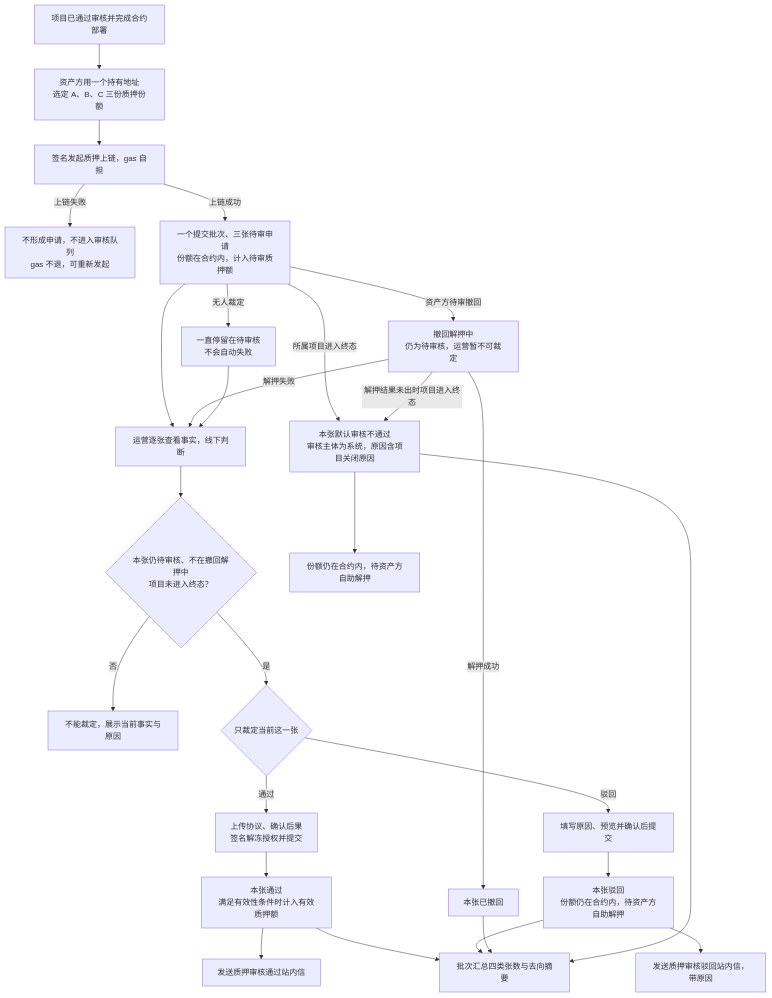
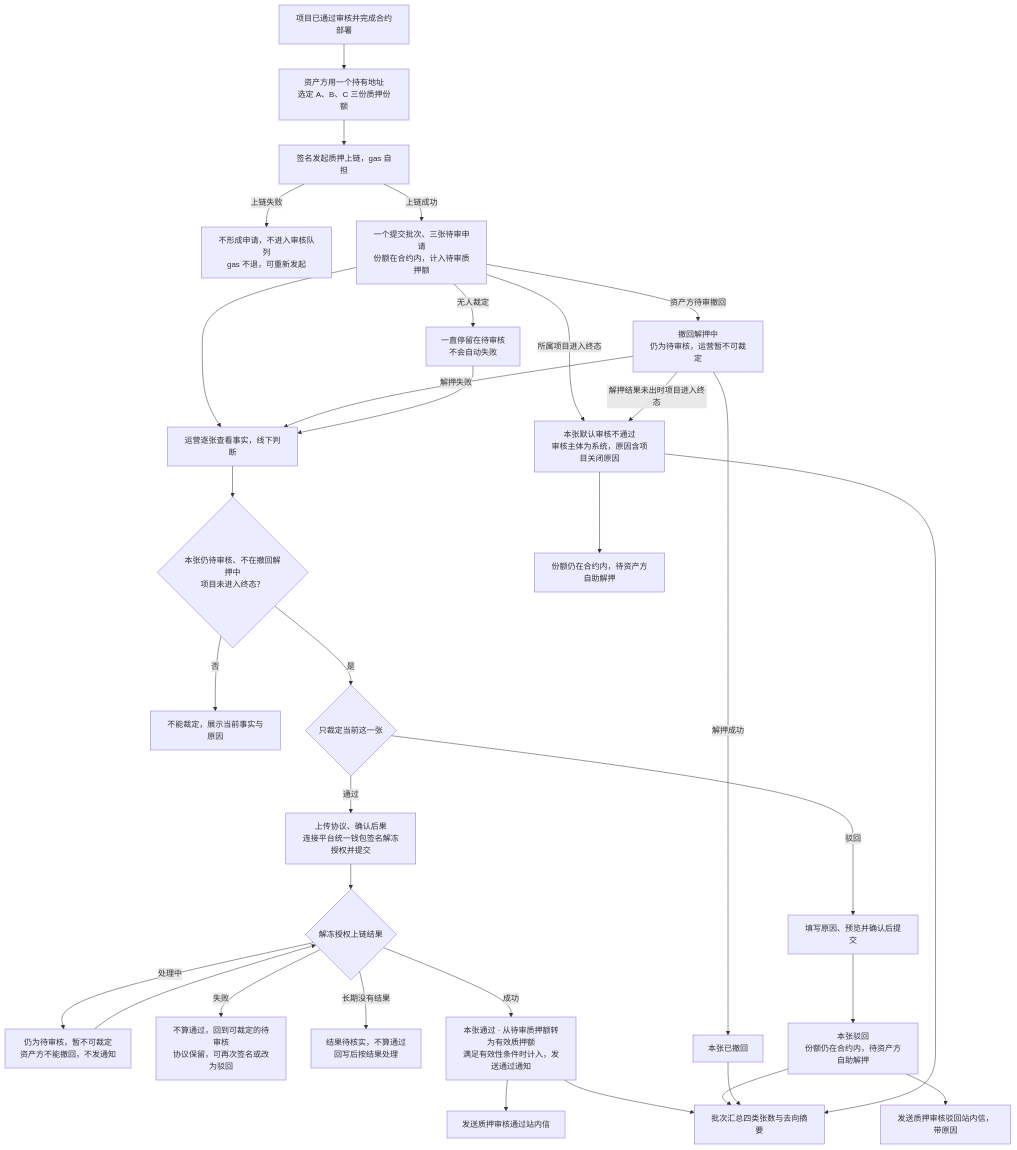
Before and after one commit to wxblockchain/Chain-Financing: the first of 5 diagrams in lending-platform/PRD/运营端/06-代币质押审核/02-代币质押审核-流程图与状态机.md, drawn with Mermaid. The commit also changed other lines of this file and 10 other files, not shown here.

````diff
--- a/lending-platform/PRD/运营端/06-代币质押审核/02-代币质押审核-流程图与状态机.md
+++ b/lending-platform/PRD/运营端/06-代币质押审核/02-代币质押审核-流程图与状态机.md
@@ -19,29 +19,34 @@
 ```mermaid
 flowchart TD
   S["项目已通过审核并完成合约部署"] --> A["资产方用一个持有地址<br/>选定 A、B、C 三份质押份额"]
   A --> T["签名发起质押上链，gas 自担"]
   T -- "上链失败" --> TF["不形成申请，不进入审核队列<br/>gas 不退，可重新发起"]
   T -- "上链成功" --> B["一个提交批次、三张待审申请<br/>份额在合约内，计入待审质押额"]
   B --> C["运营逐张查看事实，线下判断"]
   C --> D{"本张仍待审核、不在撤回解押中<br/>项目未进入终态？"}
   D -- "否" --> E["不能裁定，展示当前事实与原因"]
   D -- "是" --> F{"只裁定当前这一张"}
-  F -- "通过" --> G["上传协议、确认后果<br/>签名解冻授权并提交"]
+  F -- "通过" --> G["上传协议、确认后果<br/>连接平台统一钱包签名解冻授权并提交"]
+  G --> U{"解冻授权上链结果"}
+  U -- "处理中" --> U1["仍为待审核，暂不可裁定<br/>资产方不能撤回，不发通知"]
+  U1 --> U
+  U -- "失败" --> U2["不算通过，回到可裁定的待审核<br/>协议保留，可再次签名或改为驳回"]
+  U -- "长期没有结果" --> U3["结果待核实，不算通过<br/>回写后按结果处理"]
   F -- "驳回" --> H["填写原因、预览并确认后提交"]
-  G --> J["本张通过<br/>满足有效性条件时计入有效质押额"]
+  U -- "成功" --> J["本张通过 · 从待审质押额转为有效质押额<br/>满足有效性条件时计入，发送通过通知"]
   H --> K["本张驳回<br/>份额仍在合约内，待资产方自助解押"]
   J --> L["发送质押审核通过站内信"]
   K --> M["发送质押审核驳回站内信，带原因"]
   B -- "资产方待审撤回" --> RP["撤回解押中<br/>仍为待审核，运营暂不可裁定"]
   RP -- "解押成功" --> N["本张已撤回"]
   RP -- "解押失败" --> C
   B -- "所属项目进入终态" --> CL["本张默认审核不通过<br/>审核主体为系统，原因含项目关闭原因"]
   RP -- "解押结果未出时项目进入终态" --> CL
   CL --> K2["份额仍在合约内，待资产方自助解押"]
   B -- "无人裁定" --> W["一直停留在待审核<br/>不会自动失败"]
   W --> C
   J --> Q["批次汇总四类张数与去向摘要"]
   K --> Q
   N --> Q
   CL --> Q
 ```
````
